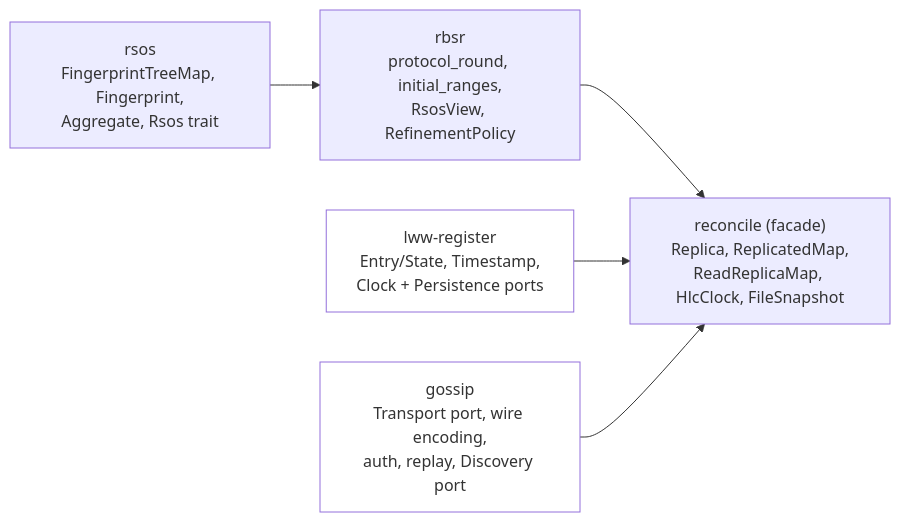
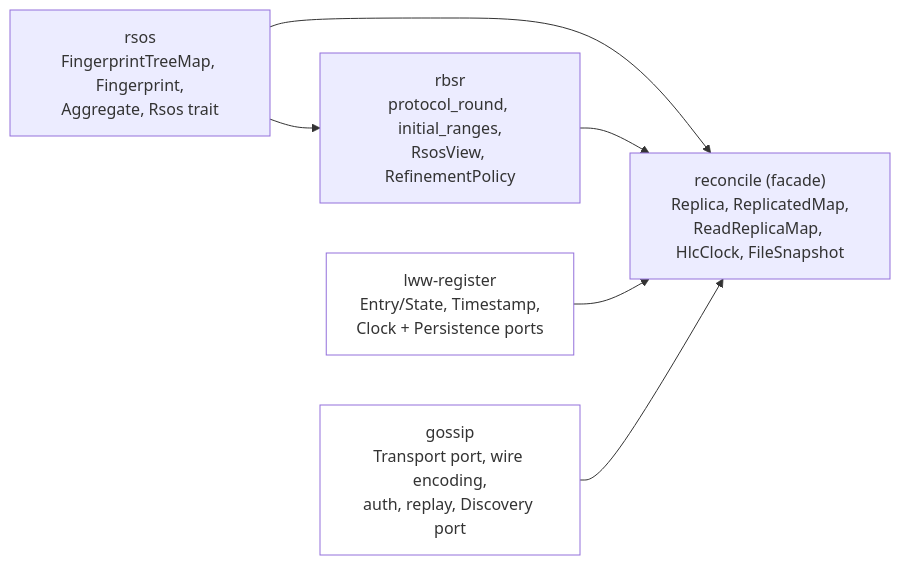
Before and after one commit to Akvize/reconcile-rs: the first of 2 diagrams in ARCHITECTURE.md, drawn with Mermaid. The commit also changed 8 other files, not shown here.

First line of the commit message:
ci: gate documentation structure, the §2 graph, and doc issue-state claims

````diff
--- a/ARCHITECTURE.md
+++ b/ARCHITECTURE.md
@@ -41,16 +41,17 @@
 ```mermaid
 flowchart LR
     rsos["rsos\nFingerprintTreeMap, Fingerprint,\nAggregate, Rsos trait"]
     rbsr["rbsr\nprotocol_round, initial_ranges,\nRsosView, RefinementPolicy"]
     lww["lww-register\nEntry/State, Timestamp,\nClock + Persistence ports"]
     gossip["gossip\nTransport port, wire encoding,\nauth, replay, Discovery port"]
     reconcile["reconcile (facade)\nReplica, ReplicatedMap,\nReadReplicaMap, HlcClock, FileSnapshot"]
 
     rsos --> rbsr
+    rsos --> reconcile
     rbsr --> reconcile
     lww --> reconcile
     gossip --> reconcile
 
     style gossip fill:#00000000
     style lww fill:#00000000
 ```
````
